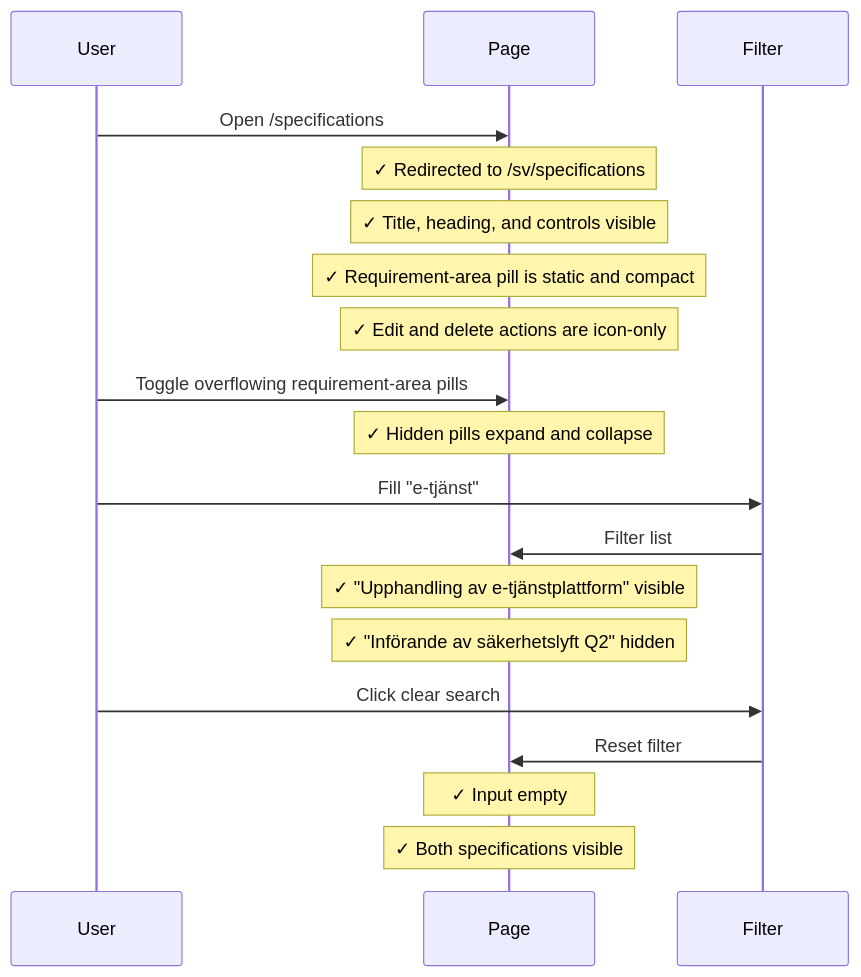
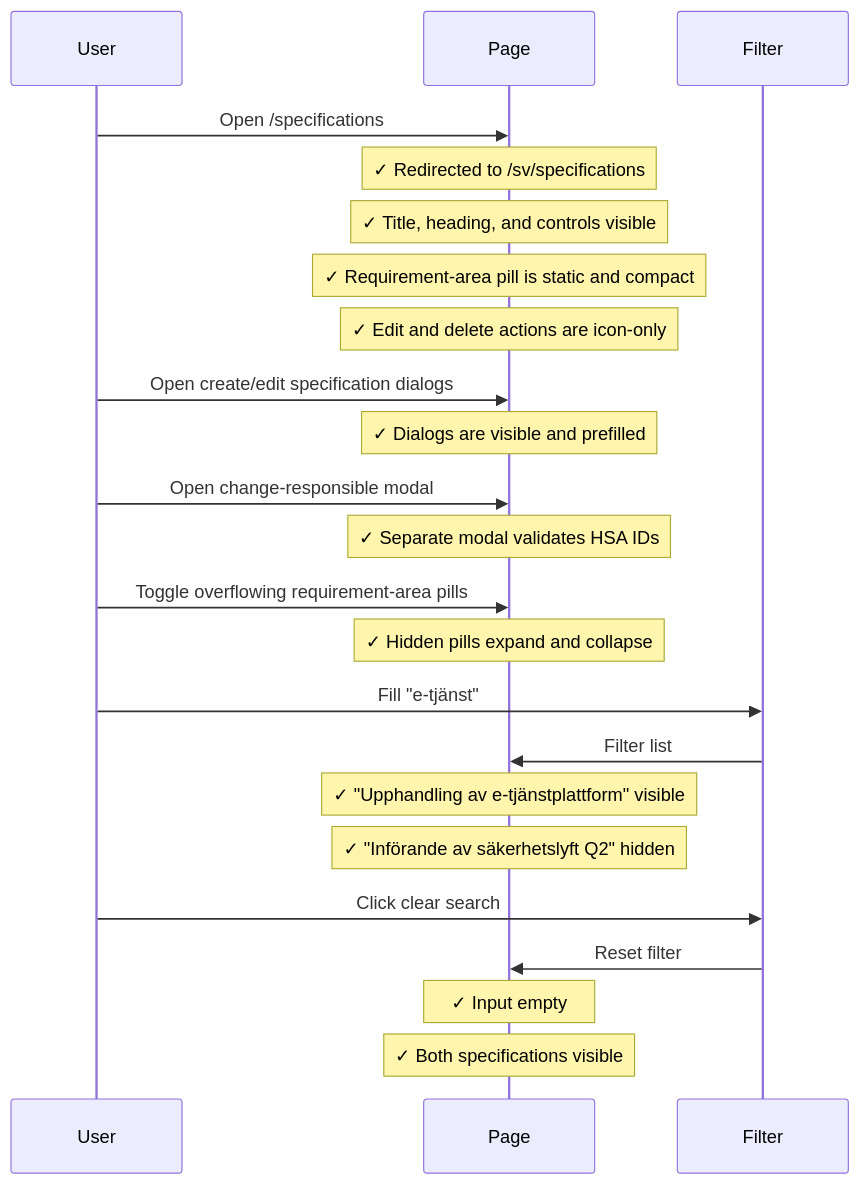
The second of 3 diagrams in tests/integration/specifications-list.md (viscalyx/Kravhantering), drawn with Mermaid before and after one commit. The commit also changed other lines of this file and 28 other files, not shown here.

````diff
--- a/tests/integration/specifications-list.md
+++ b/tests/integration/specifications-list.md
@@ -72,22 +82,26 @@
 ```mermaid
 sequenceDiagram
     participant U as User
     participant P as Page
     participant F as Filter
 
     U->>P: Open /specifications
     Note over P: ✓ Redirected to /sv/specifications
     Note over P: ✓ Title, heading, and controls visible
     Note over P: ✓ Requirement-area pill is static and compact
     Note over P: ✓ Edit and delete actions are icon-only
+    U->>P: Open create/edit specification dialogs
+    Note over P: ✓ Dialogs are visible and prefilled
+    U->>P: Open change-responsible modal
+    Note over P: ✓ Separate modal validates HSA IDs
     U->>P: Toggle overflowing requirement-area pills
     Note over P: ✓ Hidden pills expand and collapse
     U->>F: Fill "e-tjänst"
     F->>P: Filter list
     Note over P: ✓ "Upphandling av e-tjänstplattform" visible
     Note over P: ✓ "Införande av säkerhetslyft Q2" hidden
     U->>F: Click clear search
     F->>P: Reset filter
     Note over P: ✓ Input empty
     Note over P: ✓ Both specifications visible
 ```
````
